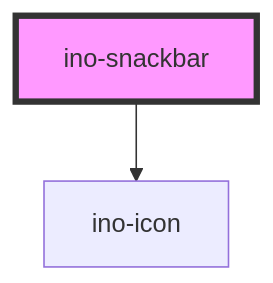
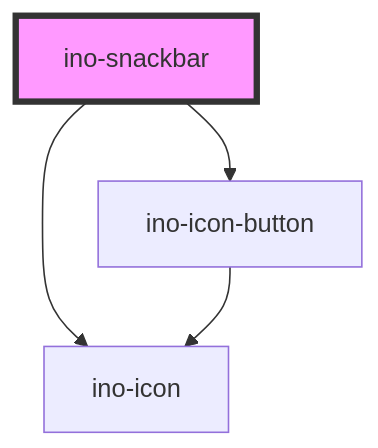
Before and after one commit to inovex/elements: the diagram in packages/elements/src/components/ino-snackbar/readme.md, drawn with Mermaid. The commit also changed other lines of this file and 3 other files, not shown here.

````diff
--- a/packages/elements/src/components/ino-snackbar/readme.md
+++ b/packages/elements/src/components/ino-snackbar/readme.md
@@ -121,5 +122,7 @@
 ```mermaid
 graph TD;
   ino-snackbar --> ino-icon
+  ino-snackbar --> ino-icon-button
+  ino-icon-button --> ino-icon
   style ino-snackbar fill:#f9f,stroke:#333,stroke-width:4px
 ```
````
